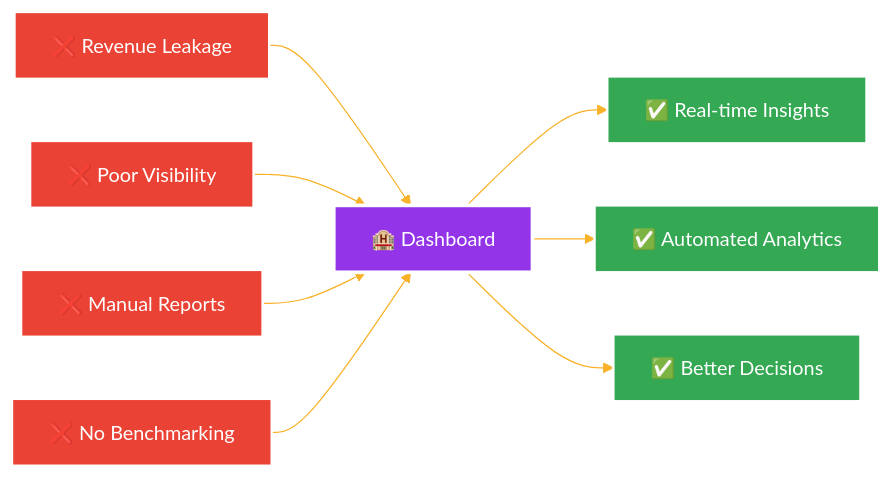
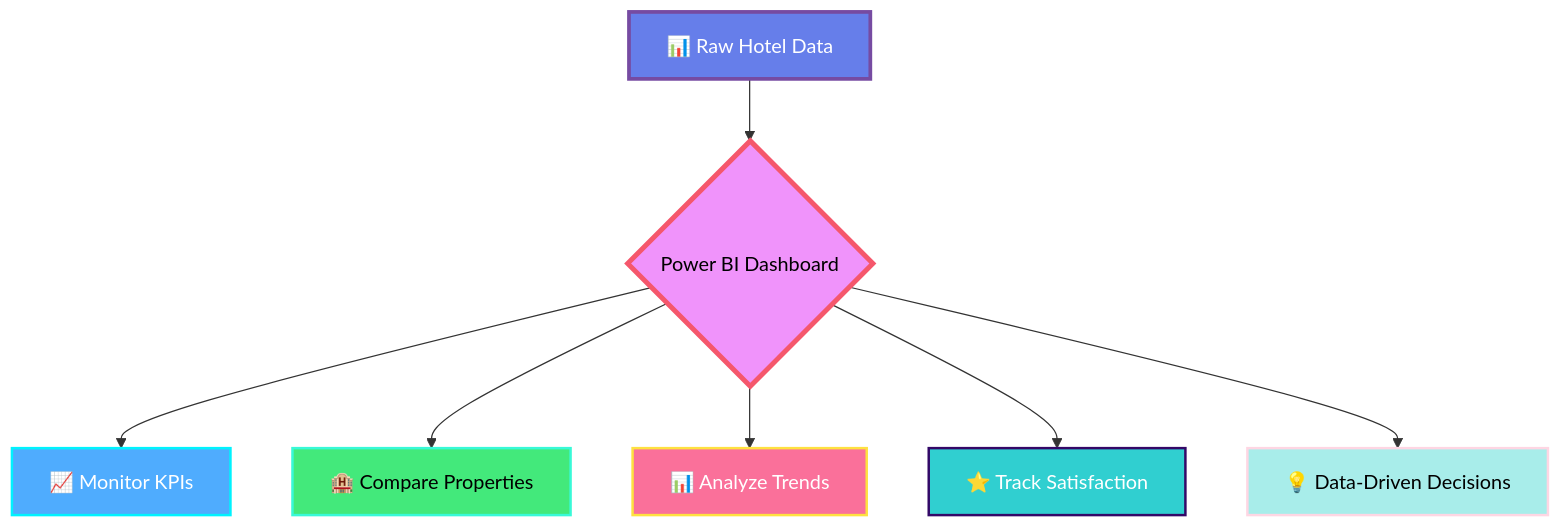
One commit to drvsaxena/Hospitality-Insights-Dashboard changed the first of 8 diagrams in README.md. Above: the diagram before and after it, drawn with Mermaid. The commit also changed other lines of this file, not shown here.

````diff
--- a/README.md
+++ b/README.md
@@ -22,20 +35,17 @@
 ```mermaid
-%%{init: {'theme':'base', 'themeVariables': { 'primaryColor':'#EA4335','primaryTextColor':'#fff','primaryBorderColor':'#b71c1c','lineColor':'#F8B229','secondaryColor':'#4285F4','tertiaryColor':'#34A853'}}}%%
-graph LR
-    A[❌ Revenue Leakage] --> E[🏨 Dashboard]
-    B[❌ Poor Visibility] --> E
-    C[❌ Manual Reports] --> E
-    D[❌ No Benchmarking] --> E
-    E --> F[✅ Real-time Insights]
-    E --> G[✅ Automated Analytics]
-    E --> H[✅ Better Decisions]
+graph TB
+    A[📊 Raw Hotel Data] --> B{Power BI Dashboard}
+    B --> C[📈 Monitor KPIs]
+    B --> D[🏨 Compare Properties]
+    B --> E[📊 Analyze Trends]
+    B --> F[⭐ Track Satisfaction]
+    B --> G[💡 Data-Driven Decisions]
     
-    style A fill:#EA4335,stroke:#fff,stroke-width:2px,color:#fff
-    style B fill:#EA4335,stroke:#fff,stroke-width:2px,color:#fff
-    style C fill:#EA4335,stroke:#fff,stroke-width:2px,color:#fff
-    style D fill:#EA4335,stroke:#fff,stroke-width:2px,color:#fff
-    style E fill:#9334E9,stroke:#fff,stroke-width:3px,color:#fff
-    style F fill:#34A853,stroke:#fff,stroke-width:2px,color:#fff
-    style G fill:#34A853,stroke:#fff,stroke-width:2px,color:#fff
-    style H fill:#34A853,stroke:#fff,stroke-width:2px,color:#fff
+    style A fill:#667eea,stroke:#764ba2,stroke-width:3px,color:#fff
+    style B fill:#f093fb,stroke:#f5576c,stroke-width:4px,color:#000
+    style C fill:#4facfe,stroke:#00f2fe,stroke-width:2px,color:#fff
+    style D fill:#43e97b,stroke:#38f9d7,stroke-width:2px,color:#000
+    style E fill:#fa709a,stroke:#fee140,stroke-width:2px,color:#fff
+    style F fill:#30cfd0,stroke:#330867,stroke-width:2px,color:#fff
+    style G fill:#a8edea,stroke:#fed6e3,stroke-width:2px,color:#000
 ```
````
